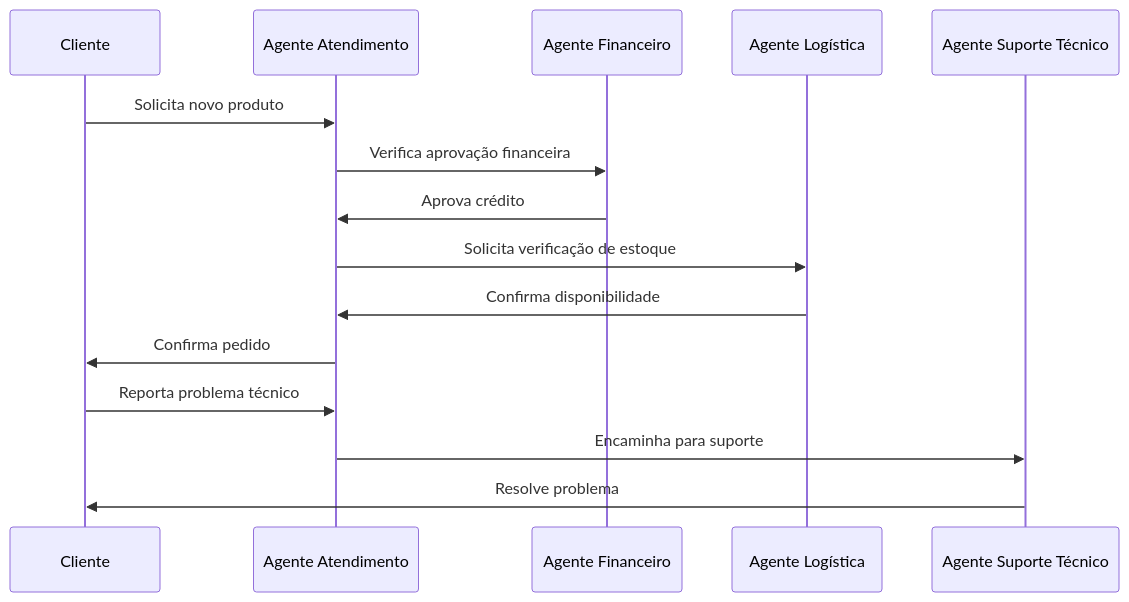
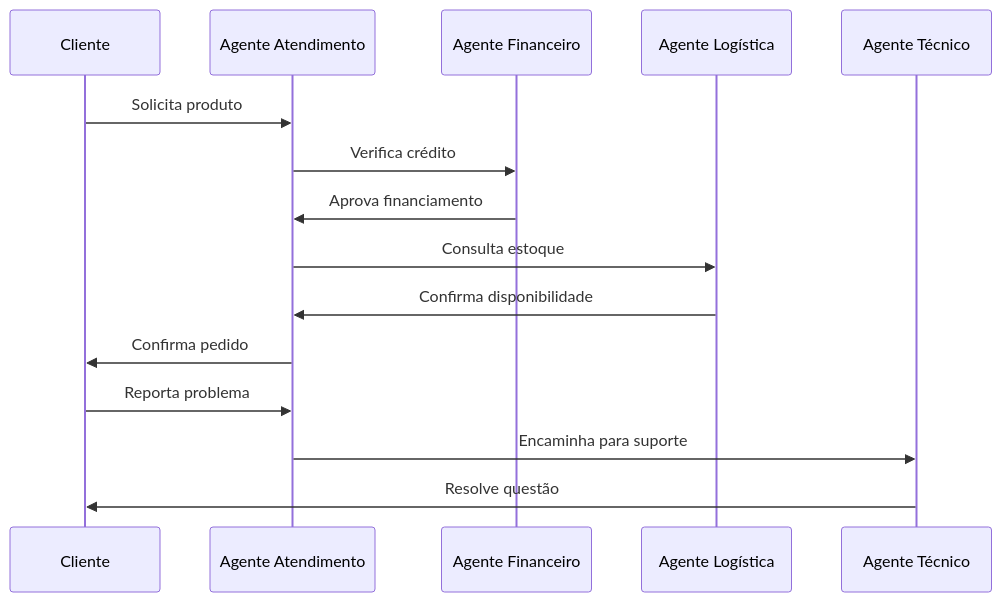
The eighth of 11 diagrams in AI/Communication/A2A/a2a - overview.md (felipepimentel/my-public-notes), drawn with Mermaid before and after one commit. The commit also changed other lines of this file, not shown here.

````diff
--- a/AI/Communication/A2A/a2a - overview.md
+++ b/AI/Communication/A2A/a2a - overview.md
@@ -359,33 +298,18 @@
 ```mermaid
-
 sequenceDiagram
-
-participant C as Cliente
-
-participant A1 as Agente Atendimento
-
-participant A2 as Agente Financeiro
-
-participant A3 as Agente Logística
-
-participant A4 as Agente Suporte Técnico
-
-C->>A1: Solicita novo produto
-
-A1->>A2: Verifica aprovação financeira
-
-A2->>A1: Aprova crédito
-
-A1->>A3: Solicita verificação de estoque
-
-A3->>A1: Confirma disponibilidade
-
-A1->>C: Confirma pedido
-
-C->>A1: Reporta problema técnico
-
-A1->>A4: Encaminha para suporte
-
-A4->>C: Resolve problema
-
+    participant C as Cliente
+    participant A1 as Agente Atendimento
+    participant A2 as Agente Financeiro
+    participant A3 as Agente Logística
+    participant A4 as Agente Técnico
+    
+    C->>A1: Solicita produto
+    A1->>A2: Verifica crédito
+    A2->>A1: Aprova financiamento
+    A1->>A3: Consulta estoque
+    A3->>A1: Confirma disponibilidade
+    A1->>C: Confirma pedido
+    C->>A1: Reporta problema
+    A1->>A4: Encaminha para suporte
+    A4->>C: Resolve questão
 ```
````
